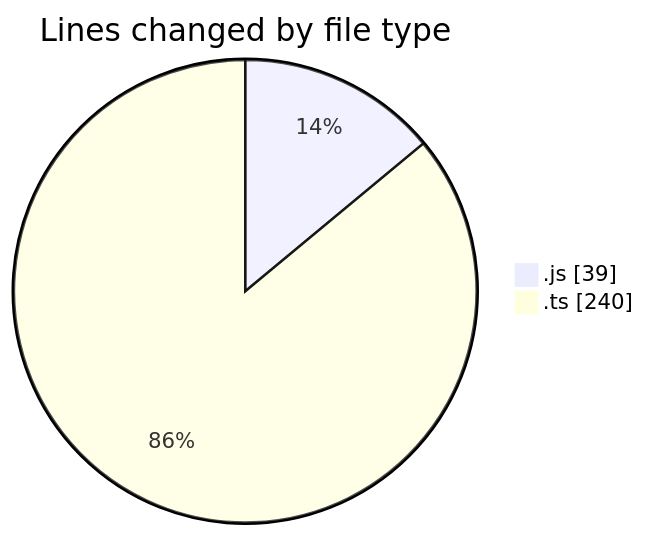
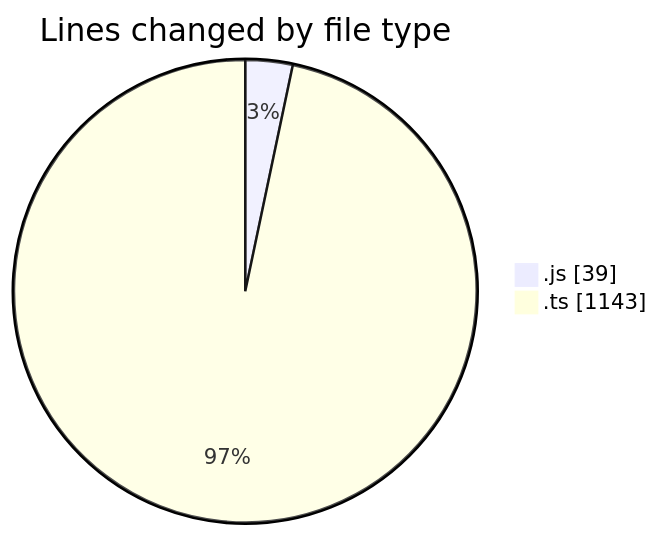
The first of 2 diagrams in 2025-06-19/cda/README.md (momahboobian/code-tracking), drawn with Mermaid before and after one commit. The commit also changed other lines of this file and 1 other file, not shown here.

````diff
--- a/2025-06-19/cda/README.md
+++ b/2025-06-19/cda/README.md
@@ -22,6 +23,6 @@
 ```mermaid
 pie showData
 title Lines changed by file type
 ".js" : 39
-".ts" : 240
+".ts" : 1143
 ```
````
